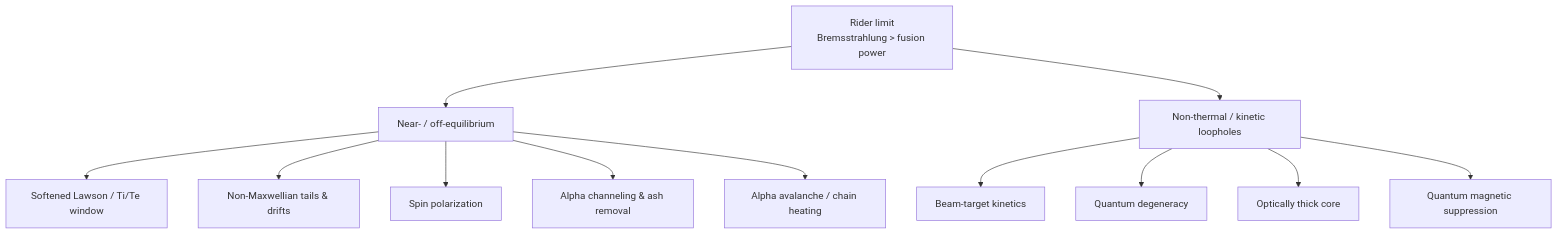
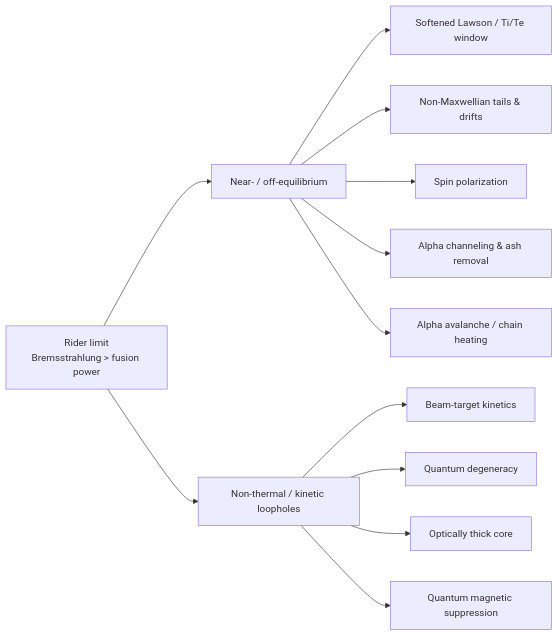
The third of 5 diagrams in arxiv.md (catskillsresearch/pb11_fusion_soa_2026), drawn with Mermaid before and after one commit. The commit also changed other lines of this file and 4 other files, not shown here.

````diff
--- a/arxiv.md
+++ b/arxiv.md
@@ -197,15 +197,15 @@
 ```mermaid
-flowchart TB
+flowchart LR
   R["Rider limit<br/>Bremsstrahlung &gt; fusion power"]
   R --> A["Near- / off-equilibrium"]
   R --> B["Non-thermal / kinetic loopholes"]
   A --> A1["Softened Lawson / Ti/Te window"]
   A --> A2["Non-Maxwellian tails & drifts"]
   A --> A3["Spin polarization"]
   A --> A4["Alpha channeling & ash removal"]
   A --> A5["Alpha avalanche / chain heating"]
   B --> B1["Beam-target kinetics"]
   B --> B2["Quantum degeneracy"]
   B --> B3["Optically thick core"]
   B --> B4["Quantum magnetic suppression"]
 ```
````
